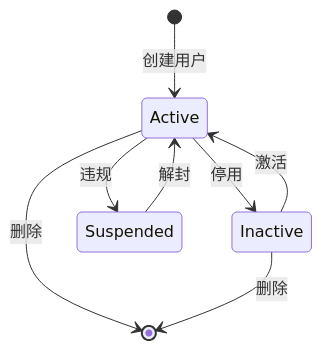
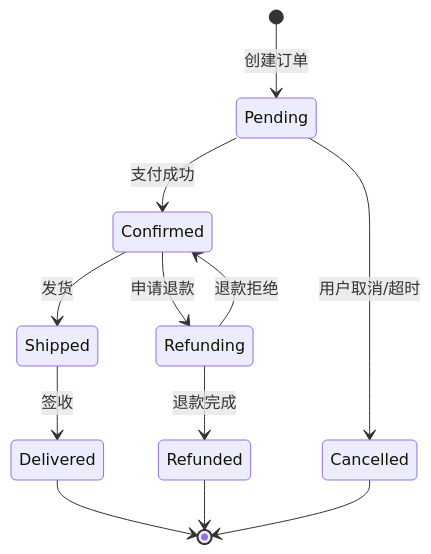
The fourth of 4 diagrams in src/skills/hyper-designer/functional-design/references/module-design.md (aiimoyu/hyper-designer), drawn with Mermaid before and after one commit. The commit also changed other lines of this file and 4 other files, not shown here.

````diff
--- a/src/skills/hyper-designer/functional-design/references/module-design.md
+++ b/src/skills/hyper-designer/functional-design/references/module-design.md
@@ -805,10 +776,14 @@
 ```mermaid
 stateDiagram-v2
-    [*] --> Active: 创建用户
-    Active --> Inactive: 停用
-    Inactive --> Active: 激活
-    Active --> Suspended: 违规
-    Suspended --> Active: 解封
-    Active --> [*]: 删除
-    Inactive --> [*]: 删除
+    [*] --> Pending: 创建订单
+    Pending --> Confirmed: 支付成功
+    Pending --> Cancelled: 用户取消/超时
+    Confirmed --> Shipped: 发货
+    Shipped --> Delivered: 签收
+    Confirmed --> Refunding: 申请退款
+    Refunding --> Refunded: 退款完成
+    Refunding --> Confirmed: 退款拒绝
+    Delivered --> [*]
+    Cancelled --> [*]
+    Refunded --> [*]
 ```
````
